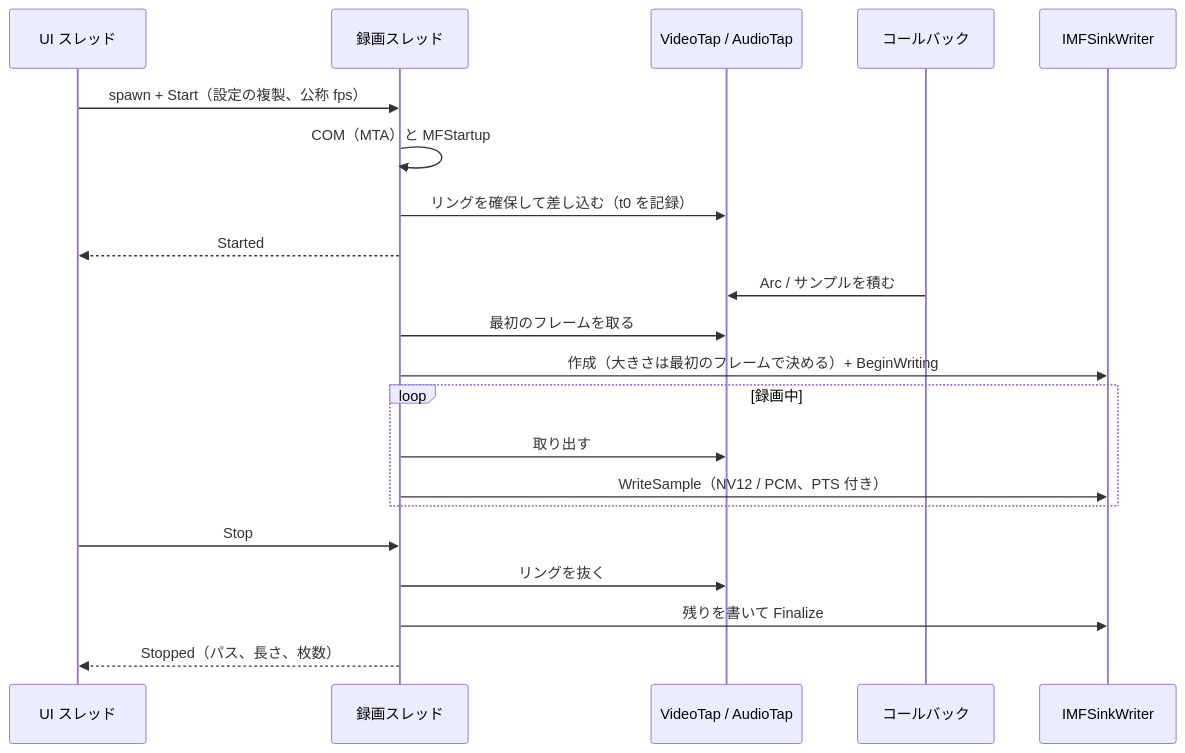
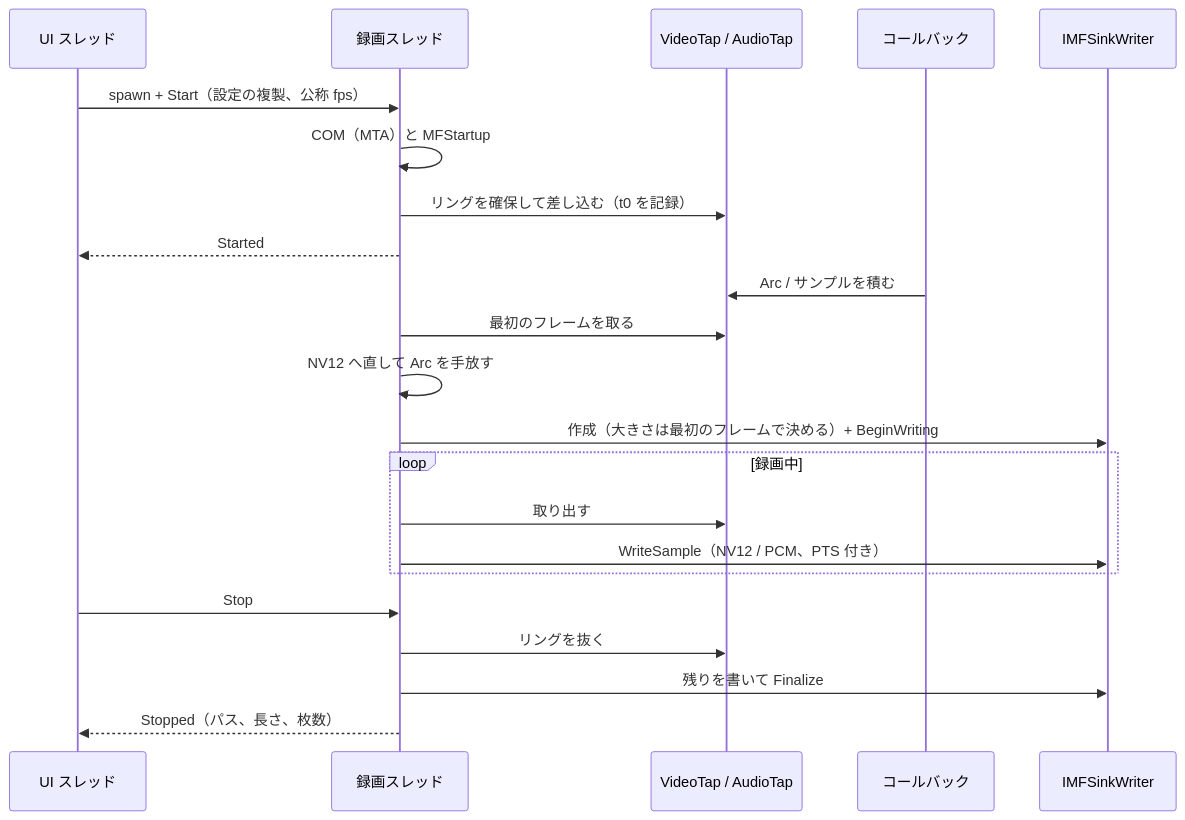
Before and after one commit to Mui-MuiMui/Capturecard_Viewer: the second of 4 diagrams in docs/design/recording.md, drawn with Mermaid. The commit also changed other lines of this file and 2 other files, not shown here.

````diff
--- a/docs/design/recording.md
+++ b/docs/design/recording.md
@@ -116,24 +116,25 @@
 ```mermaid
 sequenceDiagram
     participant ui as UI スレッド
     participant rec as 録画スレッド
     participant tap as VideoTap / AudioTap
     participant cb as コールバック
     participant sw as IMFSinkWriter
 
     ui->>rec: spawn + Start（設定の複製、公称 fps）
     rec->>rec: COM（MTA）と MFStartup
     rec->>tap: リングを確保して差し込む（t0 を記録）
     rec-->>ui: Started
     cb->>tap: Arc / サンプルを積む
     rec->>tap: 最初のフレームを取る
+    rec->>rec: NV12 へ直して Arc を手放す
     rec->>sw: 作成（大きさは最初のフレームで決める）+ BeginWriting
     loop 録画中
         rec->>tap: 取り出す
         rec->>sw: WriteSample（NV12 / PCM、PTS 付き）
     end
     ui->>rec: Stop
     rec->>tap: リングを抜く
     rec->>sw: 残りを書いて Finalize
     rec-->>ui: Stopped（パス、長さ、枚数）
 ```
````
